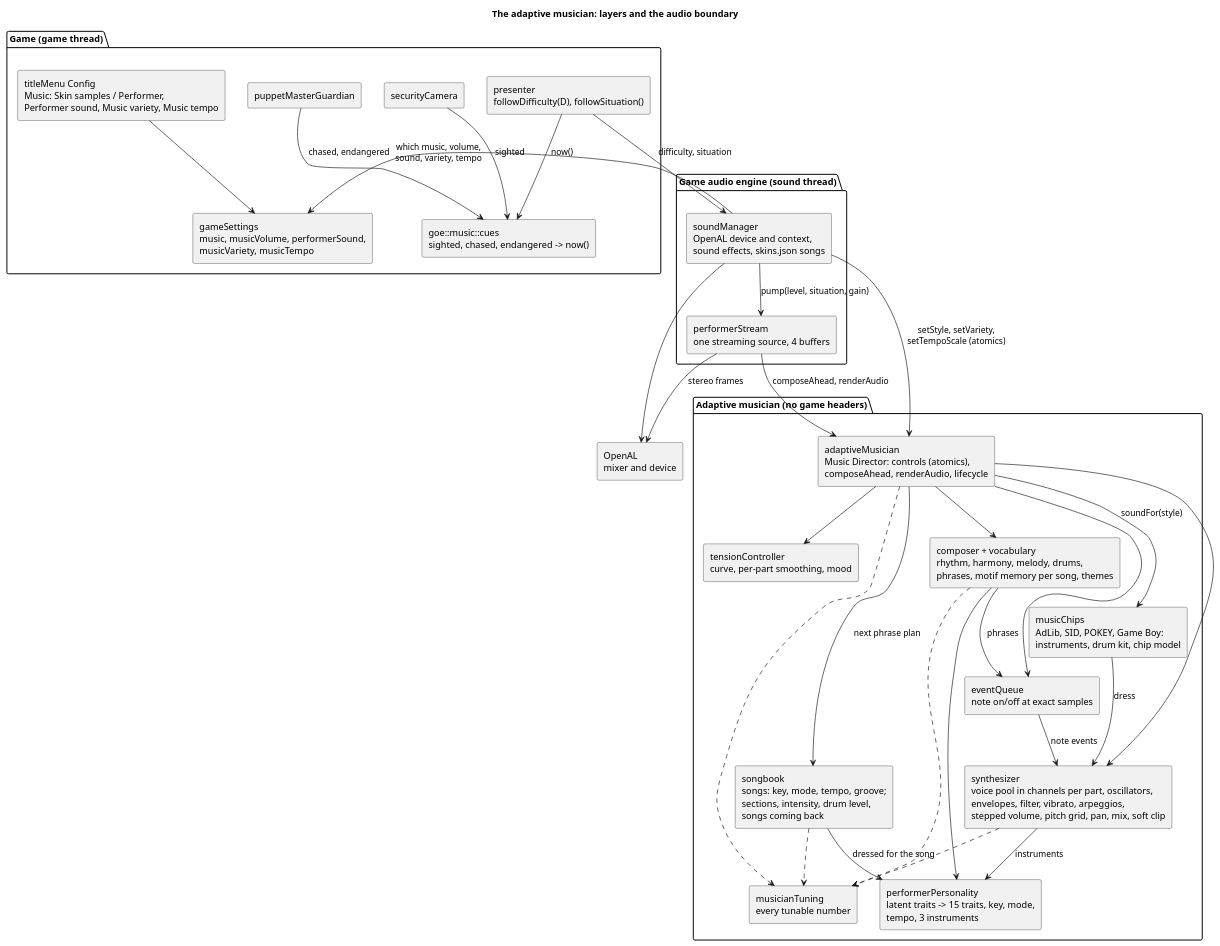
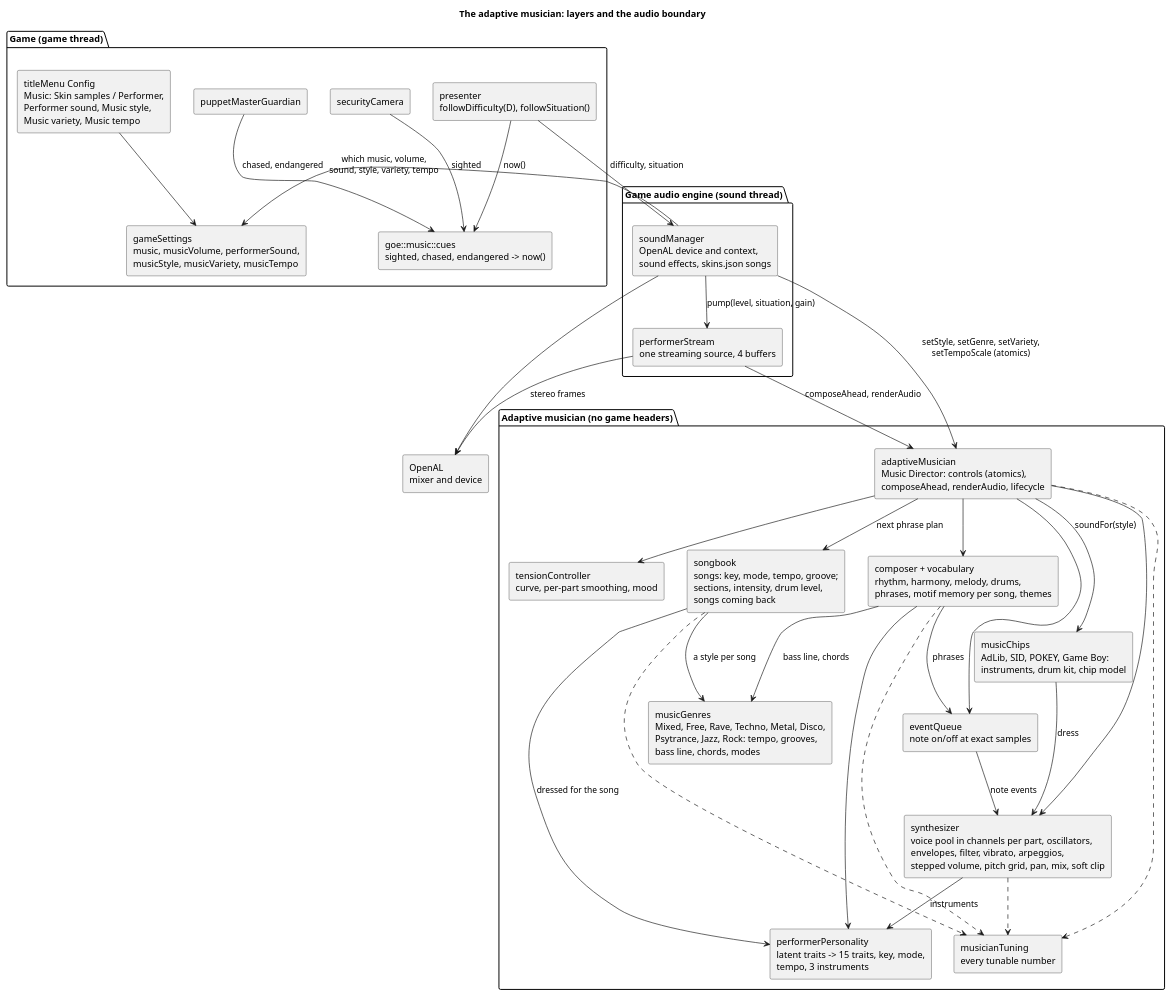
The diagram in docs/diagrams/15-musician-components.puml (arielkonopka/Gardens-of-Eris), drawn with PlantUML before and after one commit. The commit also changed 25 other files, not shown here.

First line of the commit message:
Music styles for the performer: rave, techno, metal, disco, psytrance, jazz, rock

```diff
--- a/docs/diagrams/15-musician-components.puml
+++ b/docs/diagrams/15-musician-components.puml
@@ -1,59 +1,62 @@
 @startuml
 title The adaptive musician: layers and the audio boundary
 skinparam componentStyle rectangle
 
 package "Game (game thread)" {
   [presenter\nfollowDifficulty(D), followSituation()] as pres
   [goe::music::cues\nsighted, chased, endangered -> now()] as cues
   [securityCamera] as cam
   [puppetMasterGuardian] as guard
-  [titleMenu Config\nMusic: Skin samples / Performer,\nPerformer sound, Music variety, Music tempo] as menu
-  [gameSettings\nmusic, musicVolume, performerSound,\nmusicVariety, musicTempo] as settings
+  [titleMenu Config\nMusic: Skin samples / Performer,\nPerformer sound, Music style,\nMusic variety, Music tempo] as menu
+  [gameSettings\nmusic, musicVolume, performerSound,\nmusicStyle, musicVariety, musicTempo] as settings
 }
 
 package "Adaptive musician (no game headers)" {
   [adaptiveMusician\nMusic Director: controls (atomics),\ncomposeAhead, renderAudio, lifecycle] as director
   [tensionController\ncurve, per-part smoothing, mood] as tension
   [performerPersonality\nlatent traits -> 15 traits, key, mode,\ntempo, 3 instruments] as person
   [songbook\nsongs: key, mode, tempo, groove;\nsections, intensity, drum level,\nsongs coming back] as songs
   [composer + vocabulary\nrhythm, harmony, melody, drums,\nphrases, motif memory per song, themes] as comp
+  [musicGenres\nMixed, Free, Rave, Techno, Metal, Disco,\nPsytrance, Jazz, Rock: tempo, grooves,\nbass line, chords, modes] as genres
   [musicChips\nAdLib, SID, POKEY, Game Boy:\ninstruments, drum kit, chip model] as chips
   [eventQueue\nnote on/off at exact samples] as queue
   [synthesizer\nvoice pool in channels per part, oscillators,\nenvelopes, filter, vibrato, arpeggios,\nstepped volume, pitch grid, pan, mix, soft clip] as synth
   [musicianTuning\nevery tunable number] as tuning
 }
 
 package "Game audio engine (sound thread)" {
   [soundManager\nOpenAL device and context,\nsound effects, skins.json songs] as sm
   [performerStream\none streaming source, 4 buffers] as stream
 }
 [OpenAL\nmixer and device] as openal
 
 cam --> cues : sighted
 guard --> cues : chased, endangered
 pres --> cues : now()
 pres --> sm : difficulty, situation
 menu --> settings
-sm --> settings : which music, volume,\nsound, variety, tempo
+sm --> settings : which music, volume,\nsound, style, variety, tempo
 sm --> stream : pump(level, situation, gain)
-sm --> director : setStyle, setVariety,\nsetTempoScale (atomics)
+sm --> director : setStyle, setGenre, setVariety,\nsetTempoScale (atomics)
 stream --> director : composeAhead, renderAudio
 director --> tension
 director --> songs : next phrase plan
 director --> comp
 director --> chips : soundFor(style)
 chips --> synth : dress
 songs --> person : dressed for the song
+songs --> genres : a style per song
+comp --> genres : bass line, chords
 director --> queue
 director --> synth
 comp --> person
 comp --> queue : phrases
 queue --> synth : note events
 synth --> person : instruments
 director ..> tuning
 comp ..> tuning
 songs ..> tuning
 synth ..> tuning
 stream --> openal : stereo frames
 sm --> openal
 @enduml
```
